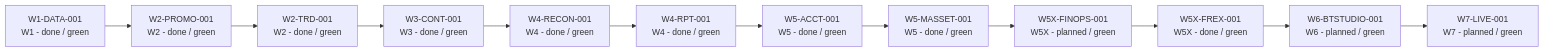
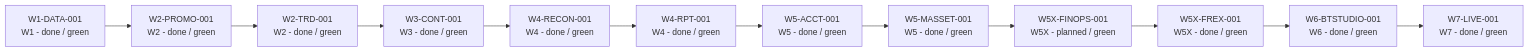
Before and after one commit to rodoHasArrived/Meridian-main: the diagram in docs/architecture/diagrams/meridian-development-roadmap.mmd, drawn with Mermaid. The commit also changed 18 other files, not shown here.

```diff
--- a/docs/architecture/diagrams/meridian-development-roadmap.mmd
+++ b/docs/architecture/diagrams/meridian-development-roadmap.mmd
@@ -1,24 +1,24 @@
 flowchart LR
   W1_DATA_001["W1-DATA-001\nW1 - done / green"]
   W2_PROMO_001["W2-PROMO-001\nW2 - done / green"]
   W1_DATA_001 --> W2_PROMO_001
   W2_TRD_001["W2-TRD-001\nW2 - done / green"]
   W2_PROMO_001 --> W2_TRD_001
   W3_CONT_001["W3-CONT-001\nW3 - done / green"]
   W2_TRD_001 --> W3_CONT_001
   W4_RECON_001["W4-RECON-001\nW4 - done / green"]
   W3_CONT_001 --> W4_RECON_001
   W4_RPT_001["W4-RPT-001\nW4 - done / green"]
   W4_RECON_001 --> W4_RPT_001
   W5_ACCT_001["W5-ACCT-001\nW5 - done / green"]
   W4_RPT_001 --> W5_ACCT_001
   W5_MASSET_001["W5-MASSET-001\nW5 - done / green"]
   W5_ACCT_001 --> W5_MASSET_001
   W5X_FINOPS_001["W5X-FINOPS-001\nW5X - planned / green"]
   W5_MASSET_001 --> W5X_FINOPS_001
   W5X_FREX_001["W5X-FREX-001\nW5X - done / green"]
   W5X_FINOPS_001 --> W5X_FREX_001
-  W6_BTSTUDIO_001["W6-BTSTUDIO-001\nW6 - planned / green"]
+  W6_BTSTUDIO_001["W6-BTSTUDIO-001\nW6 - done / green"]
   W5X_FREX_001 --> W6_BTSTUDIO_001
-  W7_LIVE_001["W7-LIVE-001\nW7 - planned / green"]
+  W7_LIVE_001["W7-LIVE-001\nW7 - done / green"]
   W6_BTSTUDIO_001 --> W7_LIVE_001
```
